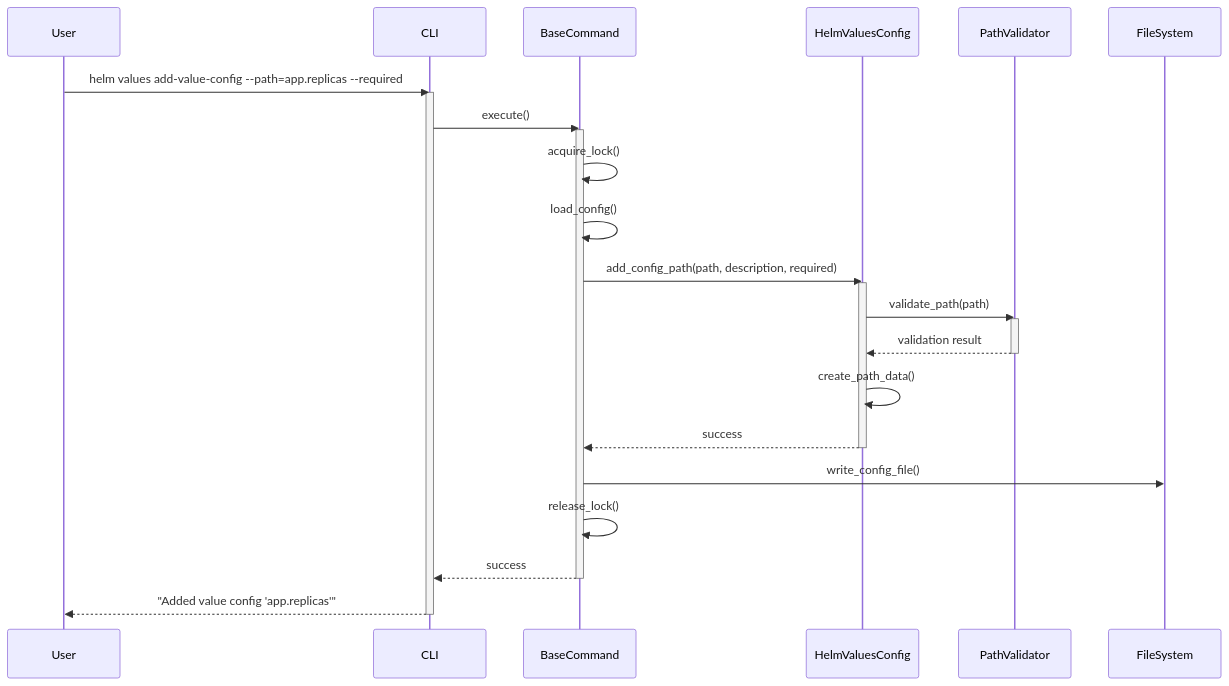
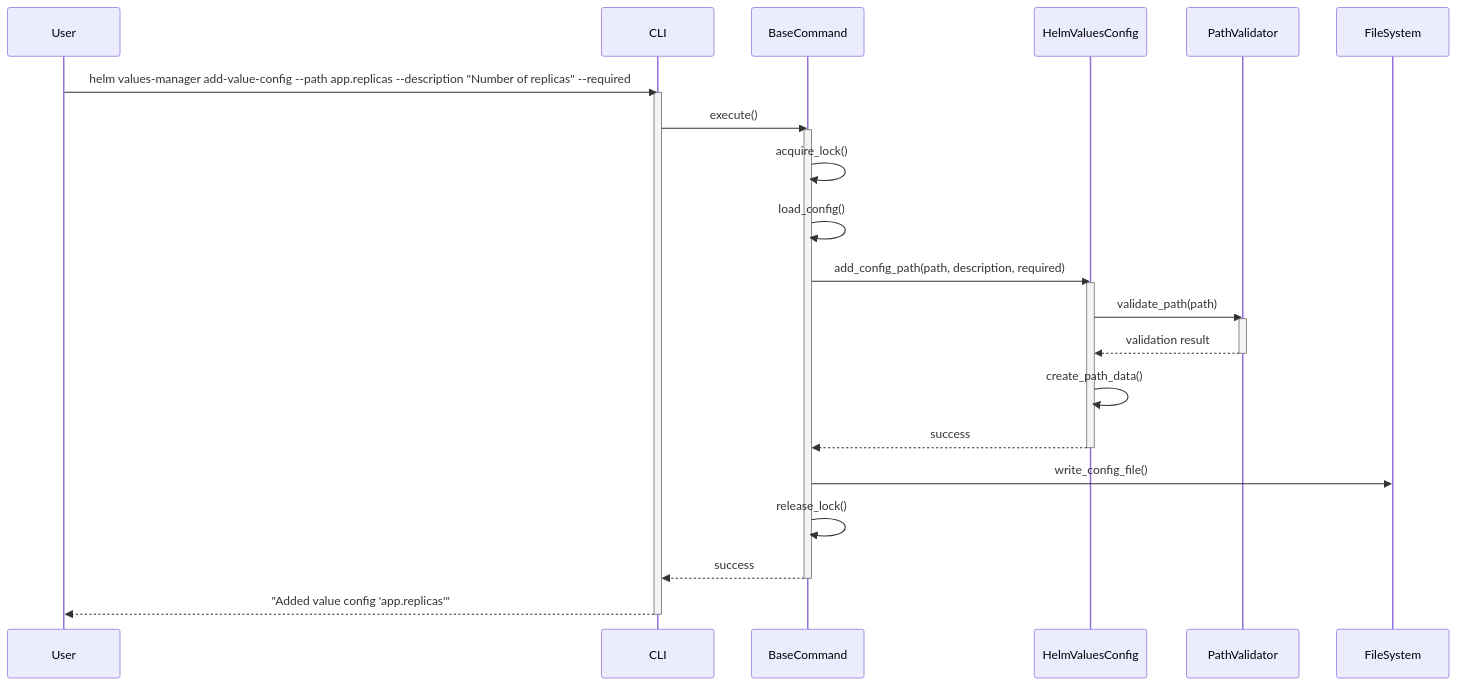
One commit to Zipstack/helm-values-manager changed the second of 14 diagrams in docs/Design/sequence-diagrams.md. Above: the diagram before and after it, drawn with Mermaid. The commit also changed other lines of this file, not shown here.

First line of the commit message:
docs: update sequence diagrams with correct command flags

````diff
--- a/docs/Design/sequence-diagrams.md
+++ b/docs/Design/sequence-diagrams.md
@@ -47,36 +47,36 @@
 ```mermaid
 sequenceDiagram
     participant User
     participant CLI
     participant BaseCommand
     participant HelmValuesConfig
     participant PathValidator
 
-    User->>CLI: helm values add-value-config --path=app.replicas --required
+    User->>CLI: helm values-manager add-value-config --path app.replicas --description "Number of replicas" --required
     activate CLI
 
     CLI->>BaseCommand: execute()
     activate BaseCommand
 
     BaseCommand->>BaseCommand: acquire_lock()
     BaseCommand->>BaseCommand: load_config()
     BaseCommand->>HelmValuesConfig: add_config_path(path, description, required)
     activate HelmValuesConfig
 
     HelmValuesConfig->>PathValidator: validate_path(path)
     activate PathValidator
     PathValidator-->>HelmValuesConfig: validation result
     deactivate PathValidator
 
     HelmValuesConfig->>HelmValuesConfig: create_path_data()
     HelmValuesConfig-->>BaseCommand: success
     deactivate HelmValuesConfig
 
     BaseCommand->>FileSystem: write_config_file()
     BaseCommand->>BaseCommand: release_lock()
     BaseCommand-->>CLI: success
     deactivate BaseCommand
 
     CLI-->>User: "Added value config 'app.replicas'"
     deactivate CLI
 ```
````
